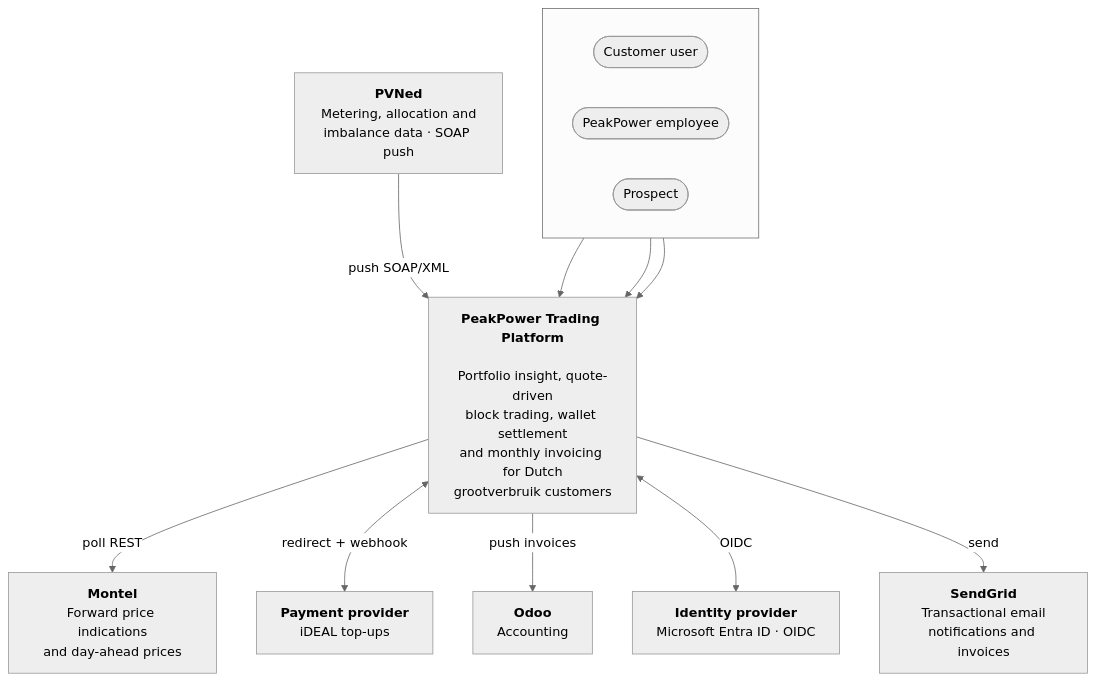
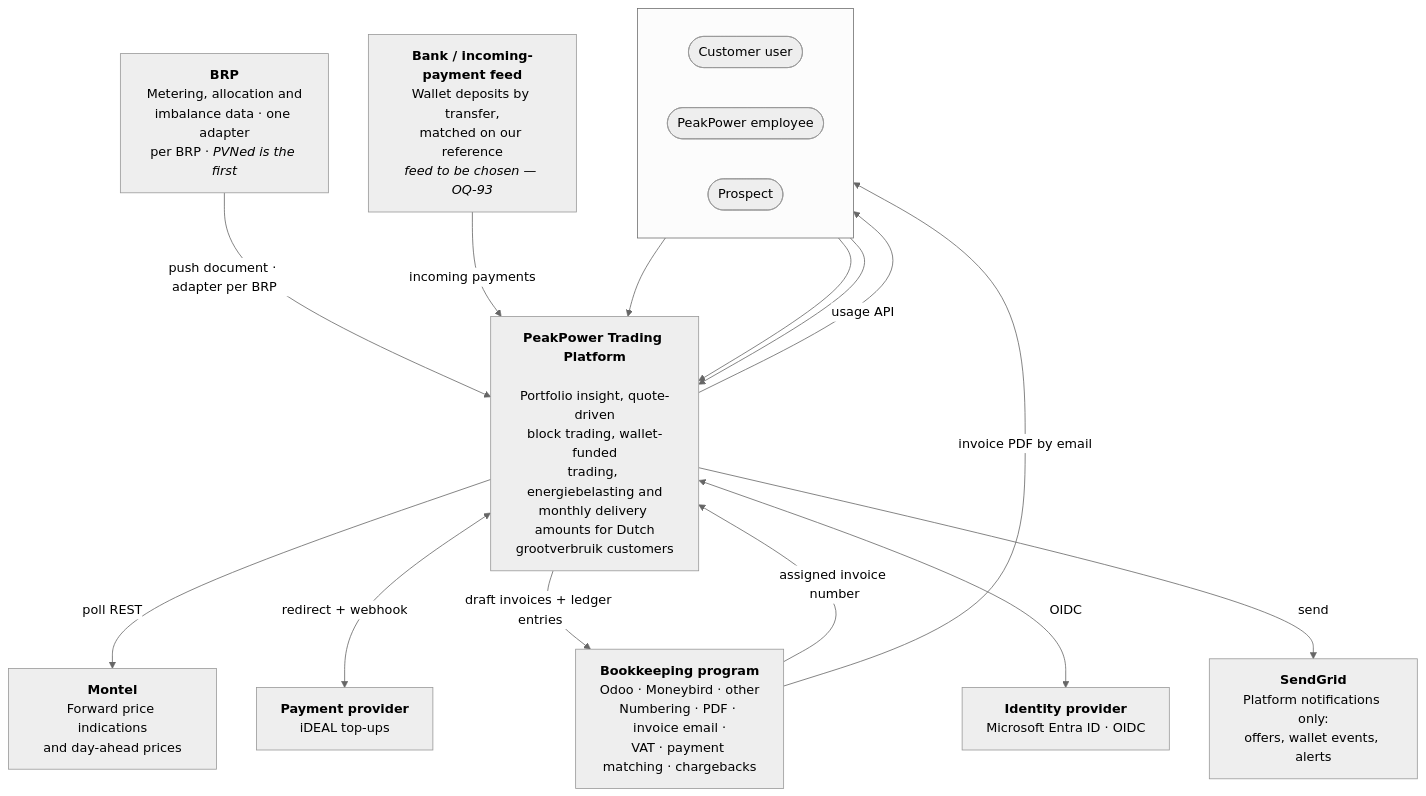
One commit to lukastosic-ifd/peakpowerspecs changed the first of 3 diagrams in specs/20-architecture/01-architecture-overview.md. Above: the diagram before and after it, drawn with Mermaid (neutral theme). The commit also changed other lines of this file and 66 other files, not shown here.

````diff
--- a/specs/20-architecture/01-architecture-overview.md
+++ b/specs/20-architecture/01-architecture-overview.md
@@ -26,29 +45,34 @@
 ```mermaid
 flowchart TB
     subgraph people[" "]
         direction LR
         CU(["Customer user"])
         EMP(["PeakPower employee"])
         VIS(["Prospect"])
     end
 
-    PP["<b>PeakPower Trading Platform</b><br/><br/>Portfolio insight, quote-driven<br/>block trading, wallet settlement<br/>and monthly invoicing for Dutch<br/>grootverbruik customers"]
+    PP["<b>PeakPower Trading Platform</b><br/><br/>Portfolio insight, quote-driven<br/>block trading, wallet-funded<br/>trading, energiebelasting and<br/>monthly delivery amounts for Dutch<br/>grootverbruik customers"]
 
-    PVNED["<b>PVNed</b><br/>Metering, allocation and<br/>imbalance data · SOAP push"]
+    BRP["<b>BRP</b><br/>Metering, allocation and<br/>imbalance data · one adapter<br/>per BRP · <i>PVNed is the first</i>"]
     MONTEL["<b>Montel</b><br/>Forward price indications<br/>and day-ahead prices"]
     PSP["<b>Payment provider</b><br/>iDEAL top-ups"]
-    ODOO["<b>Odoo</b><br/>Accounting"]
+    BANK["<b>Bank / incoming-payment feed</b><br/>Wallet deposits by transfer,<br/>matched on our reference<br/><i>feed to be chosen — OQ-93</i>"]
+    BOOK["<b>Bookkeeping program</b><br/>Odoo · Moneybird · other<br/>Numbering · PDF · invoice email ·<br/>VAT · payment matching · chargebacks"]
     IDP["<b>Identity provider</b><br/>Microsoft Entra ID · OIDC"]
-    MAIL["<b>SendGrid</b><br/>Transactional email<br/>notifications and invoices"]
+    MAIL["<b>SendGrid</b><br/>Platform notifications only:<br/>offers, wallet events, alerts"]
 
     CU --> PP
     EMP --> PP
     VIS --> PP
 
-    PVNED -->|"push SOAP/XML"| PP
+    BRP -->|"push document · adapter per BRP"| PP
     PP -->|"poll REST"| MONTEL
     PP <-->|"redirect + webhook"| PSP
-    PP -->|"push invoices"| ODOO
+    BANK -->|"incoming payments"| PP
+    PP -->|"draft invoices + ledger entries"| BOOK
+    BOOK -->|"assigned invoice number"| PP
+    BOOK -->|"invoice PDF by email"| CU
     PP <-->|"OIDC"| IDP
     PP -->|"send"| MAIL
+    PP -->|"usage API"| CU
 ```
````
